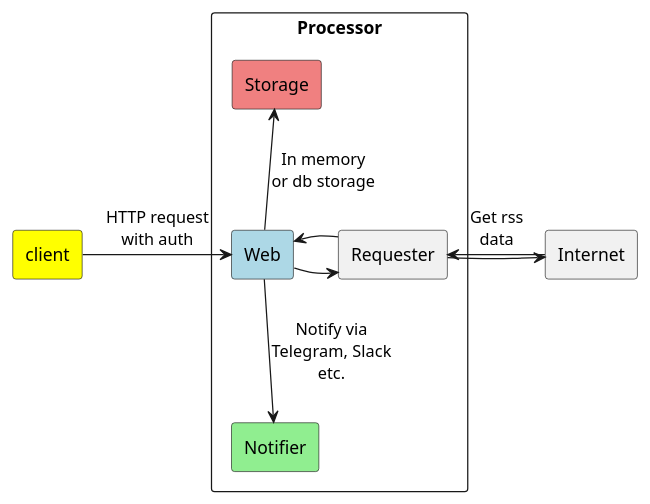
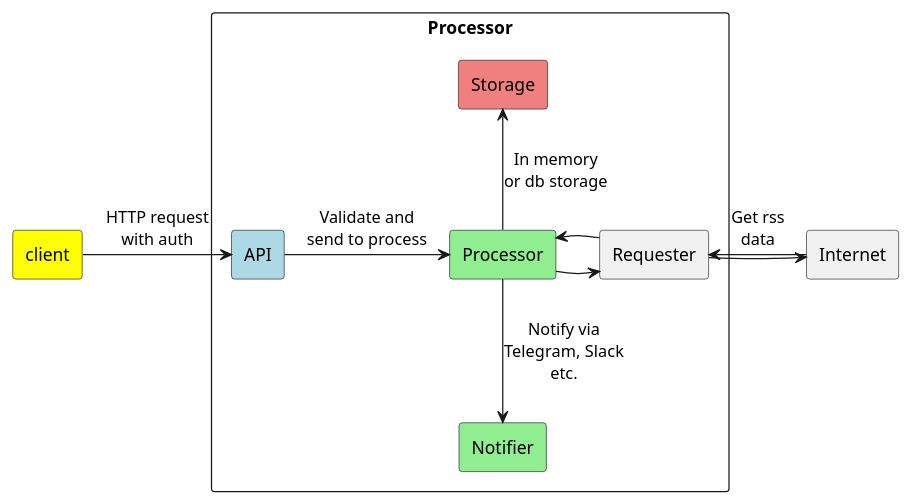
One commit to petrovvich/rss-aggregator changed the diagram in docs/architecture.puml. Above: the diagram before and after it, drawn with PlantUML. The commit also changed 33 other files, not shown here.

```diff
--- a/docs/architecture.puml
+++ b/docs/architecture.puml
@@ -1,24 +1,26 @@
 @startuml
 
 skinparam componentStyle rectangle
 
 component [client] #Yellow
 
 component Processor {
-    component [Web] as web #LightBlue
+    component [API] as api #LightBlue
+    component [Processor] as pr #LightGreen
     component [Storage] as store #LightCoral
     component [Requester] as request
     component [Notifier] as notify #LightGreen
 }
 
 component Internet as internet
 
-client -r-> web : HTTP request\nwith auth
-web -> request
+client -r-> api : HTTP request\nwith auth
+api -> pr : Validate and\nsend to process
+pr -> request
 request -r-> internet
 internet -l-> request : Get rss\ndata
-request -> web
-web -d-> notify : Notify via\nTelegram, Slack\netc.
-web -u-> store : In memory\nor db storage
+request -> pr
+pr -d-> notify : Notify via\nTelegram, Slack\netc.
+pr -u-> store : In memory\nor db storage
 
 @enduml
```
